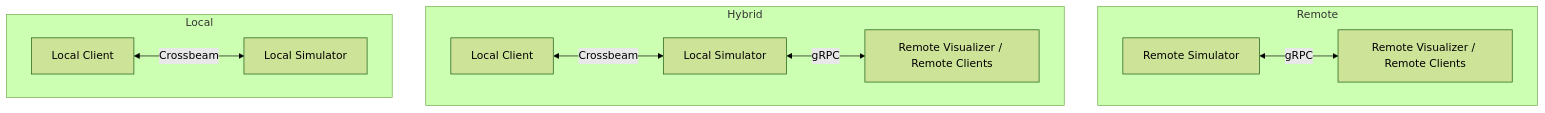
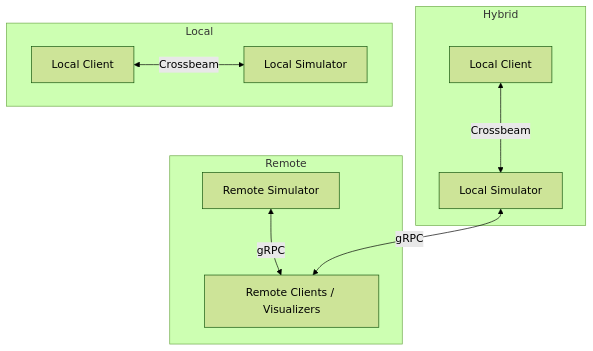
One commit to martinstarkov/simulation-server changed the diagram in README.md. Above: the diagram before and after it, drawn with Mermaid (forest theme). The commit also changed other lines of this file, not shown here.

````diff
--- a/README.md
+++ b/README.md
@@ -138,15 +119,15 @@
 ```mermaid
 flowchart TD
     subgraph Remote
-        F[Remote Simulator] <-->|gRPC| G[Remote Visualizer / Remote Clients]
+        R1[Remote Simulator] <-->|gRPC| R2[Remote Clients / Visualizers]
     end
 
     subgraph Hybrid
-        C[Local Client] <-->|Crossbeam| D[Local Simulator]
-        D <-->|gRPC| E[Remote Visualizer / Remote Clients]
+        L1[Local Client] <-->|Crossbeam| L2[Local Simulator]
+        L2 <-->|gRPC| R2
     end
 
     subgraph Local
         A[Local Client] <-->|Crossbeam| B[Local Simulator]
     end
 ```
````
